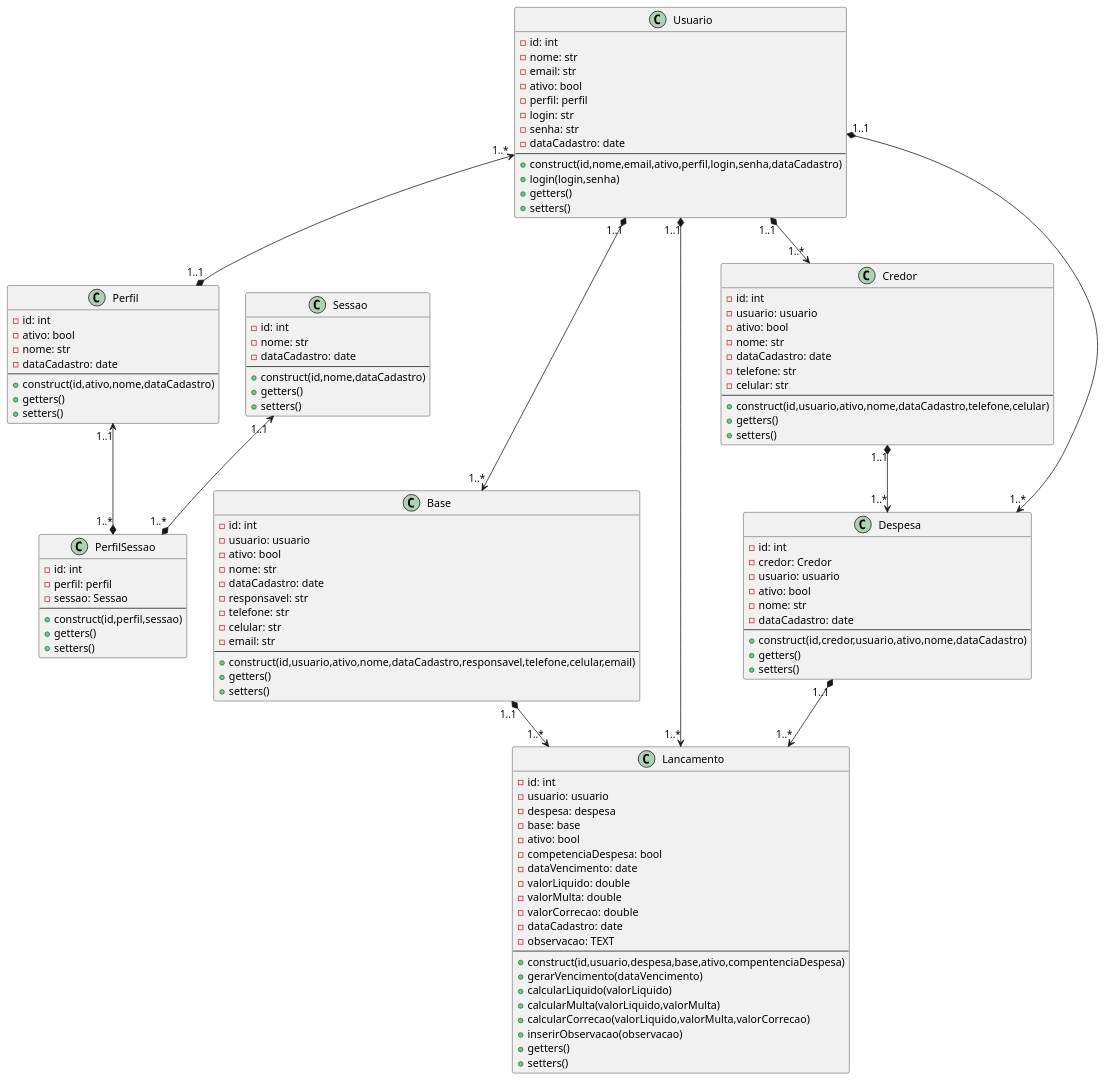
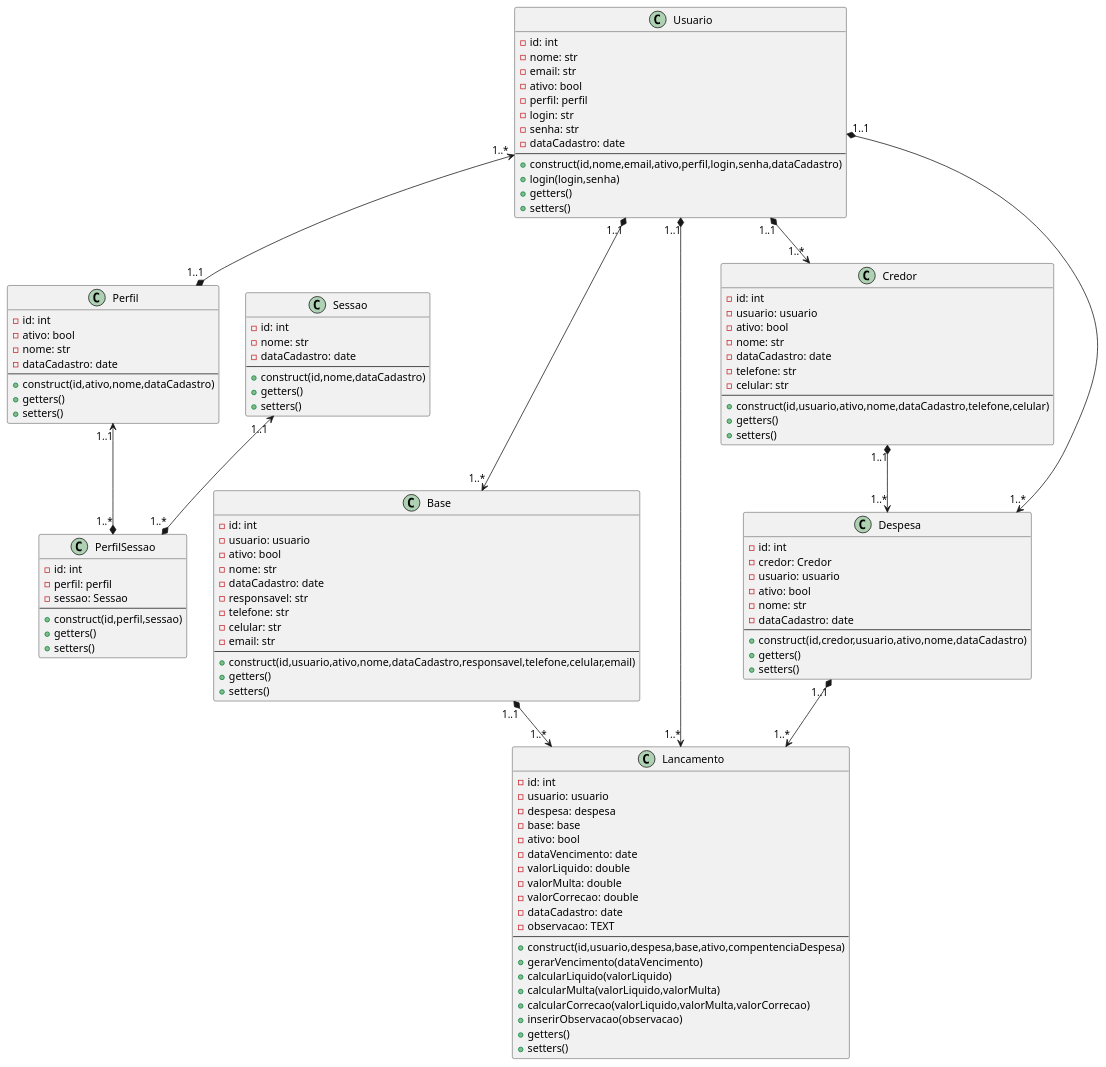
One commit to galaticghost/precificacao-pecas changed the diagram in modelagem/DCprojetoUm.wsd. Above: the diagram before and after it, drawn with PlantUML. The commit also changed 2 other files, not shown here.

```diff
--- a/modelagem/DCprojetoUm.wsd
+++ b/modelagem/DCprojetoUm.wsd
@@ -1,128 +1,127 @@
 @startuml Diagrama de Classe UM
 
 class Usuario {
     -id: int
     -nome: str
     -email: str
     -ativo: bool
     -perfil: perfil
     -login: str
     -senha: str
     -dataCadastro: date
     --
     +construct(id,nome,email,ativo,perfil,login,senha,dataCadastro)
     +login(login,senha)
     +getters()
     +setters()
 }
 
 class Perfil {
     -id: int
     -ativo: bool
     -nome: str
     -dataCadastro: date
     --
     +construct(id,ativo,nome,dataCadastro)
     +getters()
     +setters()
 }
 
 class Base {
     -id: int
     -usuario: usuario
     -ativo: bool
     -nome: str
     -dataCadastro: date
     -responsavel: str
     -telefone: str
     -celular: str
     -email: str
     --
     +construct(id,usuario,ativo,nome,dataCadastro,responsavel,telefone,celular,email)
     +getters()
     +setters()
 }
 
 class Lancamento {
     -id: int
     -usuario: usuario
     -despesa: despesa
     -base: base
     -ativo: bool
-    -competenciaDespesa: bool
     -dataVencimento: date
     -valorLiquido: double
     -valorMulta: double
     -valorCorrecao: double
     -dataCadastro: date
     -observacao: TEXT
     --
     +construct(id,usuario,despesa,base,ativo,compentenciaDespesa)
     +gerarVencimento(dataVencimento)
     +calcularLiquido(valorLiquido)
     +calcularMulta(valorLiquido,valorMulta)
     +calcularCorrecao(valorLiquido,valorMulta,valorCorrecao)
     +inserirObservacao(observacao)
     +getters()
     +setters()
 }
 
 class Credor {
     -id: int
     -usuario: usuario
     -ativo: bool
     -nome: str
     -dataCadastro: date
     -telefone: str
     -celular: str
     --
     +construct(id,usuario,ativo,nome,dataCadastro,telefone,celular)
     +getters()
     +setters()
 }
 
 class Despesa {
     -id: int
     -credor: Credor
     -usuario: usuario
     -ativo: bool
     -nome: str
     -dataCadastro: date
     --
     +construct(id,credor,usuario,ativo,nome,dataCadastro)
     +getters()
     +setters()
 }
 
 class Sessao {
     -id: int
     -nome: str
     -dataCadastro: date
     --
     +construct(id,nome,dataCadastro)
     +getters()
     +setters()
 }
 
 class PerfilSessao {
     -id: int
     -perfil: perfil
     -sessao: Sessao
     ---
     +construct(id,perfil,sessao)
     +getters()
     +setters()
 }
 
 Usuario "1..*" <--* "1..1" Perfil
 Usuario "1..1" *--> "1..*" Credor
 Usuario "1..1" *--> "1..*" Despesa
 Usuario "1..1" *--> "1..*" Lancamento
 Usuario "1..1" *--> "1..*" Base
 Credor "1..1" *--> "1..*" Despesa
 Despesa "1..1" *--> "1..*" Lancamento
 Base "1..1" *--> "1..*" Lancamento
 Sessao "1..1" <--* "1..*" PerfilSessao
 Perfil "1..1" <--* "1..*" PerfilSessao
 
 @enduml 
```
